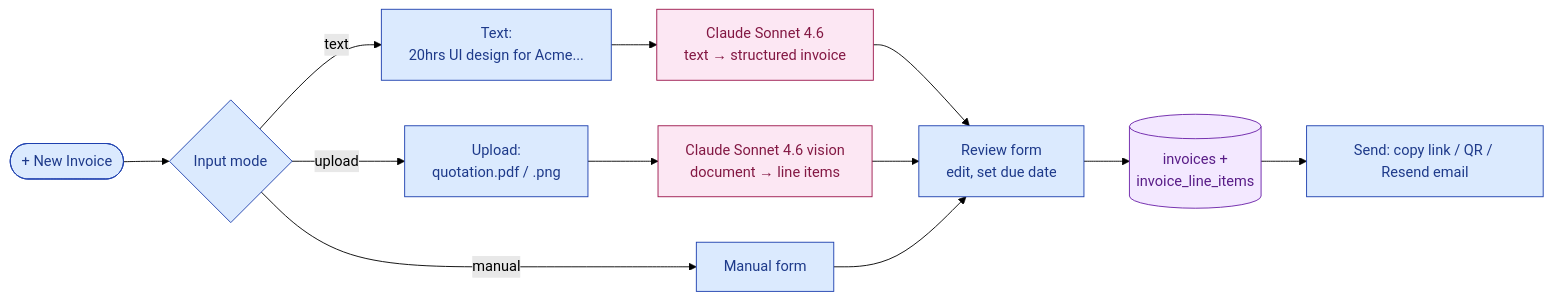
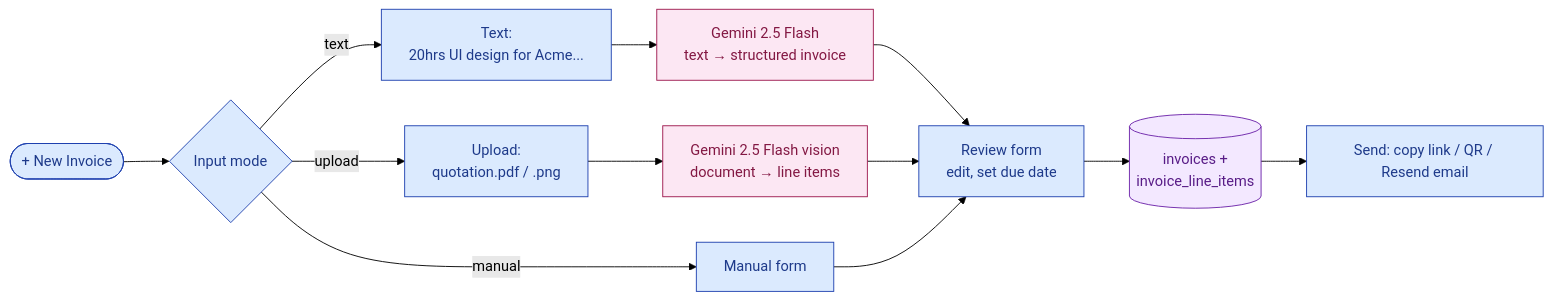
The fifth of 8 diagrams in docs/architecture.md (LodiAniez/teampagadian-hackathon), drawn with Mermaid (forest theme) before and after one commit. The commit also changed other lines of this file and 12 other files, not shown here.

````diff
--- a/docs/architecture.md
+++ b/docs/architecture.md
@@ -258,26 +258,26 @@
 ```mermaid
 flowchart LR
     classDef ui fill:#dbeafe,stroke:#1e40af,color:#1e3a8a
     classDef ai fill:#fce7f3,stroke:#9d174d,color:#831843
     classDef store fill:#f3e8ff,stroke:#6b21a8,color:#581c87
 
     Start([+ New Invoice]):::ui
     Mode{Input mode}:::ui
 
     Text[Text:<br/>20hrs UI design for Acme...]:::ui
     Upload[Upload:<br/>quotation.pdf / .png]:::ui
     Manual[Manual form]:::ui
 
-    ClaudeText[Claude Sonnet 4.6<br/>text → structured invoice]:::ai
-    ClaudeVision[Claude Sonnet 4.6 vision<br/>document → line items]:::ai
+    GeminiText[Gemini 2.5 Flash<br/>text → structured invoice]:::ai
+    GeminiVision[Gemini 2.5 Flash vision<br/>document → line items]:::ai
 
     Review[Review form<br/>edit, set due date]:::ui
     Save[(invoices +<br/>invoice_line_items)]:::store
     Send[Send: copy link / QR / Resend email]:::ui
 
     Start --> Mode
-    Mode -->|text| Text --> ClaudeText --> Review
-    Mode -->|upload| Upload --> ClaudeVision --> Review
+    Mode -->|text| Text --> GeminiText --> Review
+    Mode -->|upload| Upload --> GeminiVision --> Review
     Mode -->|manual| Manual --> Review
     Review --> Save --> Send
 ```
````
